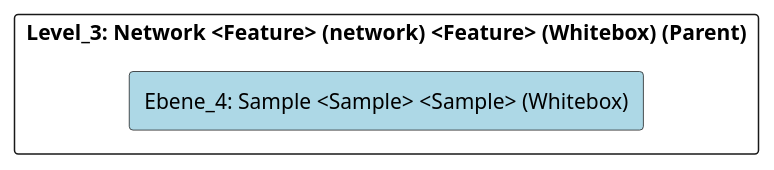
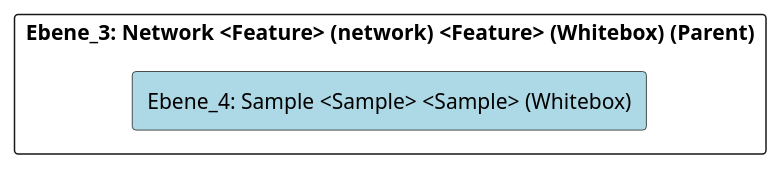
Before and after one commit to marcozwyssig/cleon: the diagram in doc/cleonproject_deliverables_architecture_model_architecture/adoc/de/05_bausteinsicht/cleon/modeling_languages/network/sample/ebene_4_sample.adoc, drawn with PlantUML. The commit also changed other lines of this file and 620 other files, not shown here.

```diff
--- a/doc/cleonproject_deliverables_architecture_model_architecture/adoc/de/05_bausteinsicht/cleon/modeling_languages/network/sample/ebene_4_sample.adoc
+++ b/doc/cleonproject_deliverables_architecture_model_architecture/adoc/de/05_bausteinsicht/cleon/modeling_languages/network/sample/ebene_4_sample.adoc
@@ -20,24 +20,24 @@
 [plantuml, Ebene_4: Sample <Sample> <Sample> (Whitebox)BlockOverview, format="svg"]
 ----
 @startuml Ebene_4: Sample <Sample> <Sample> (Whitebox)BuildingBlockOverview
 
 skinparam ranksep 10
 skinparam componentStyle rectangle
 skinparam shadowing false
 skinparam arrowColor lightblue
 skinparam arrowThickness 1.2
 skinparam rectangle {
   BackgroundColor White
   BorderColor #333
   RoundCorner 10
 }
 top to bottom direction
 
-component "Level_3: Network <Feature> (network) <Feature> (Whitebox) (Parent)" {
+component "Ebene_3: Network <Feature> (network) <Feature> (Whitebox) (Parent)" {
     component "Ebene_4: Sample <Sample> <Sample> (Whitebox)" #lightblue {
     }
 
 }
 
 @enduml
 ----
```
